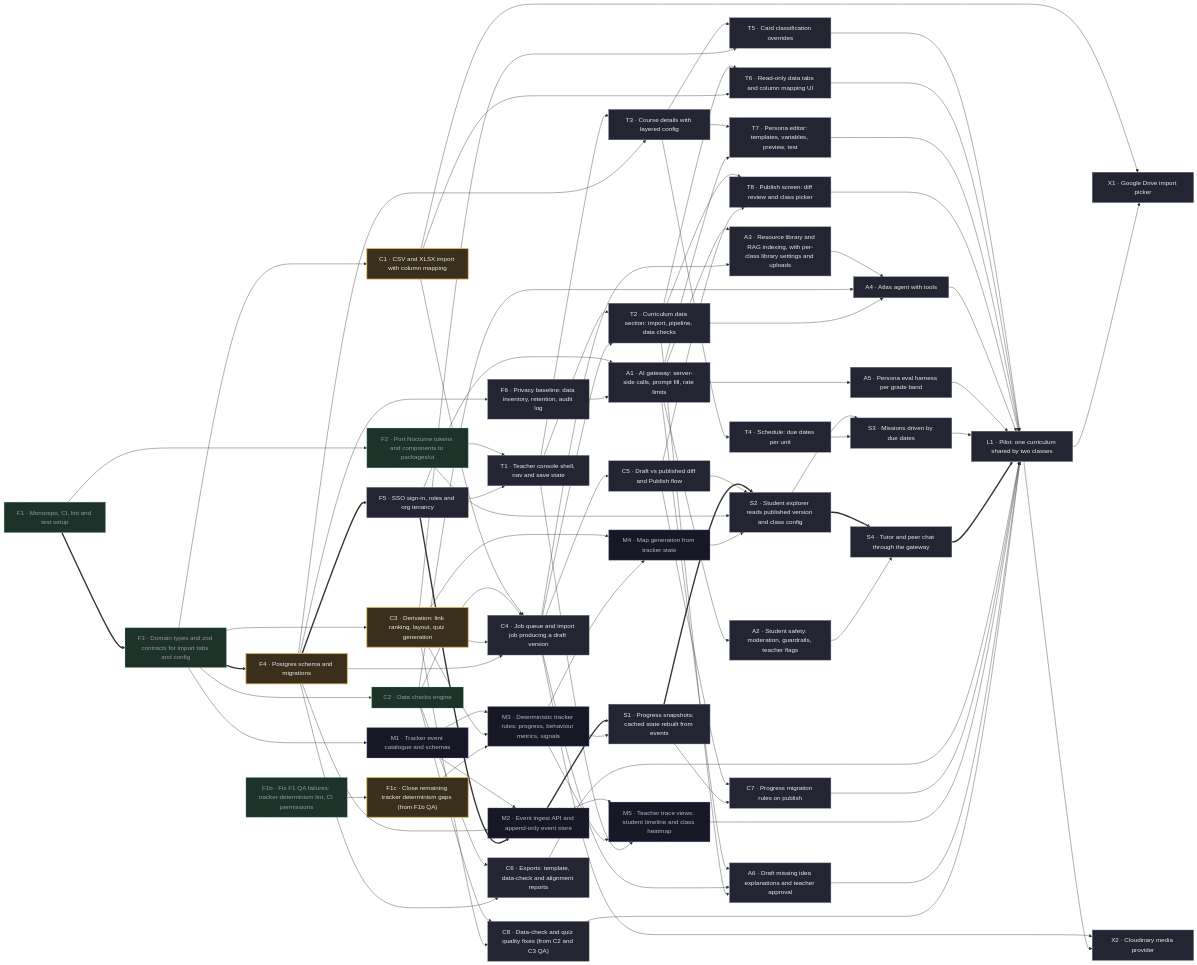
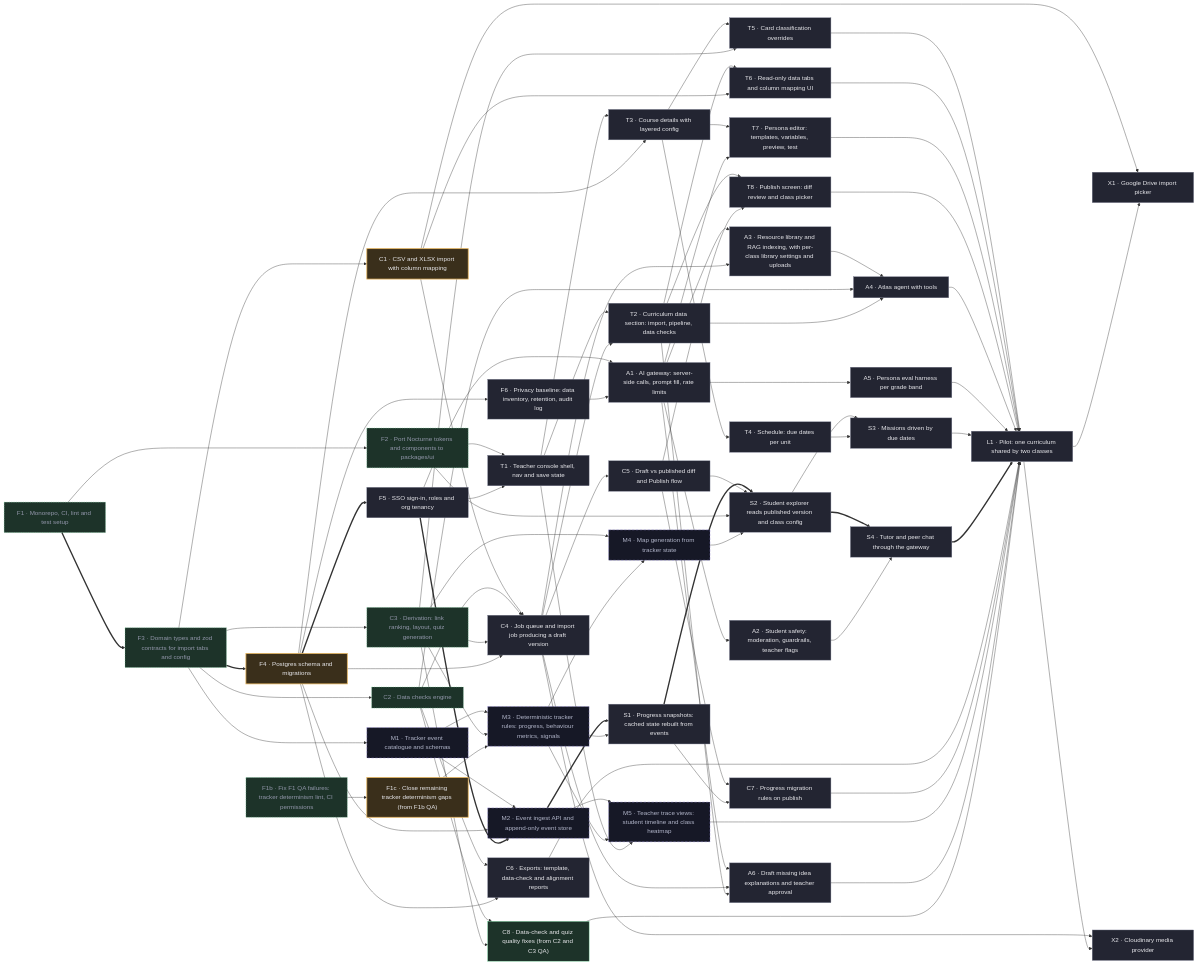
The diagram in docs/PLAN.md (tenkevin/mind-your-tutor), drawn with Mermaid before and after one commit. The commit also changed other lines of this file and 2 other files, not shown here.

First line of the commit message:
plan: C3 done (QA PASS)

````diff
--- a/docs/PLAN.md
+++ b/docs/PLAN.md
@@ -214,8 +217,9 @@
   classDef review fill:#3a2f1b,stroke:#e6b45c,color:#e9e9ed,stroke-width:2px
   classDef done fill:#1d3329,stroke:#6fcf97,color:#9397ab,stroke-dasharray:3 3
   classDef spec fill:#161826,stroke:#968ae0,color:#b2b6ca,stroke-dasharray:6 4
-  class F5,F6,C4,C5,C6,C7,C8,T1,T2,T3,T4,T5,T6,T7,T8,A1,A2,A3,A4,A5,A6,S1,S2,S3,S4,L1,X1,X2 todo
-  class F1c,F4,C1,C3 review
-  class F1,F1b,F2,F3,C2 done
+  class F5,F6,C4,C5,C6,C7,T1,T2,T3,T4,T5,T6,T7,T8,A1,A2,A3,A4,A5,A6,S1,S2,S3,S4,L1,X1,X2 todo
+  class F1c,F4,C1 review
+  class F1,F1b,F2,F3,C2,C3 done
+  class C8 ready
   class M1,M2,M3,M4,M5 spec
 ```
````
